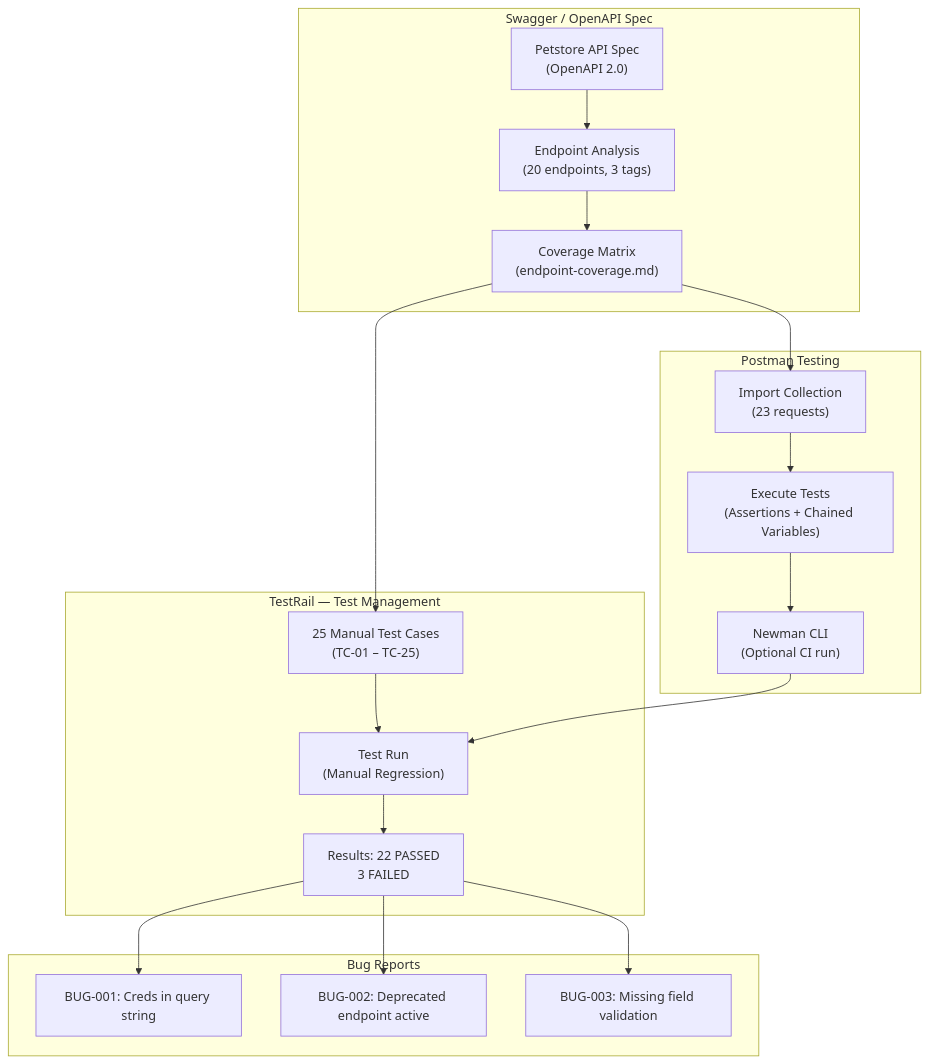
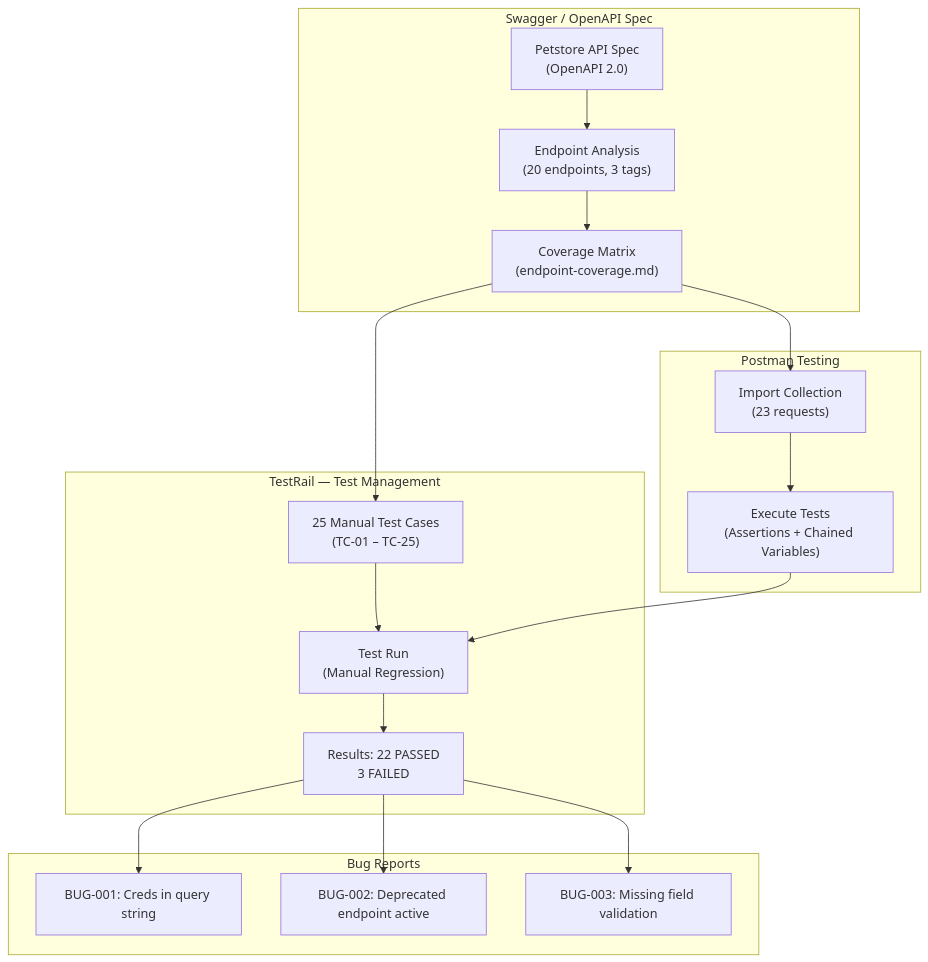
One commit to jgupta-git/postman-swagger-testrail-qa-suite changed the diagram in swagger-postman-testrail-manual/README.md. Above: the diagram before and after it, drawn with Mermaid. The commit also changed other lines of this file and 1 other file, not shown here.

````diff
--- a/swagger-postman-testrail-manual/README.md
+++ b/swagger-postman-testrail-manual/README.md
@@ -9,27 +9,26 @@
 ```mermaid
 flowchart TD
     subgraph Spec["Swagger / OpenAPI Spec"]
         A["Petstore API Spec\n(OpenAPI 2.0)"] --> B["Endpoint Analysis\n(20 endpoints, 3 tags)"]
         B --> C["Coverage Matrix\n(endpoint-coverage.md)"]
     end
 
     subgraph Postman["Postman Testing"]
         D["Import Collection\n(23 requests)"] --> E["Execute Tests\n(Assertions + Chained Variables)"]
-        E --> F["Newman CLI\n(Optional CI run)"]
     end
 
     subgraph TestRail["TestRail — Test Management"]
         G["25 Manual Test Cases\n(TC-01 – TC-25)"] --> H["Test Run\n(Manual Regression)"]
         H --> I["Results: 22 PASSED\n3 FAILED"]
     end
 
     subgraph Bugs["Bug Reports"]
         I --> J["BUG-001: Creds in query string"]
         I --> K["BUG-002: Deprecated endpoint active"]
         I --> L["BUG-003: Missing field validation"]
     end
 
     C --> D
     C --> G
-    F --> H
+    E --> H
 ```
````
